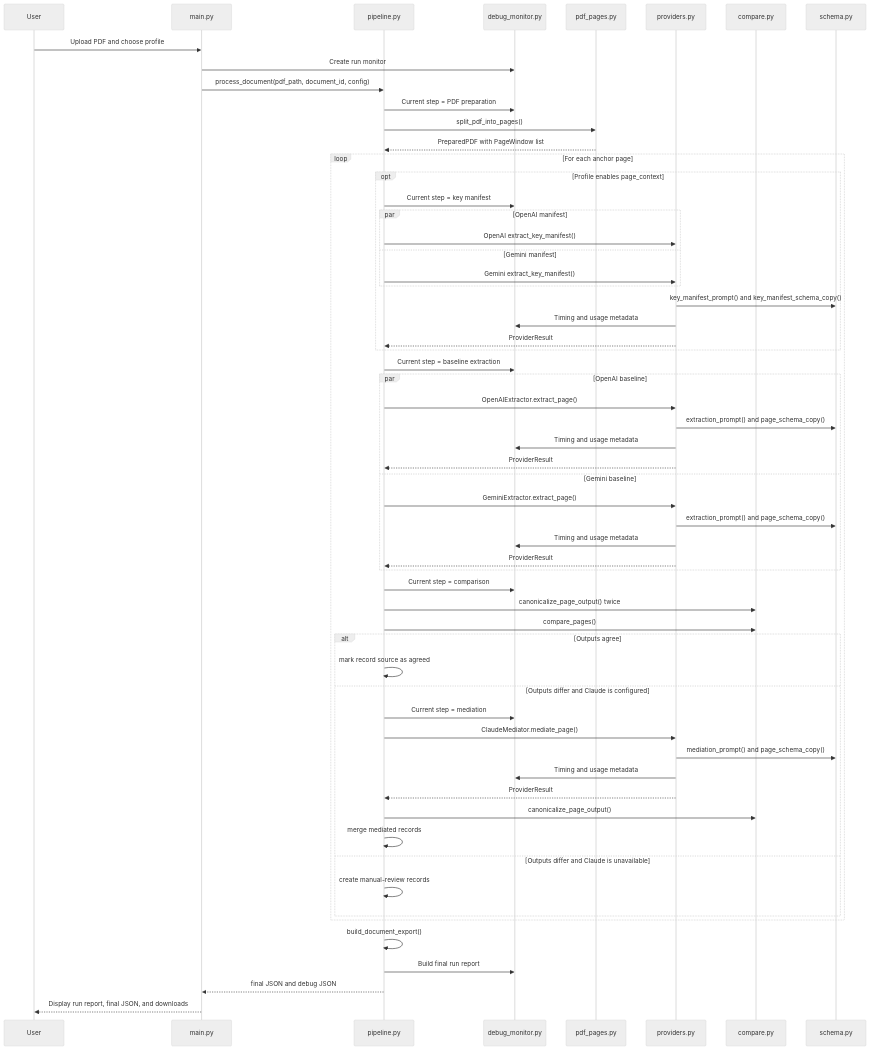
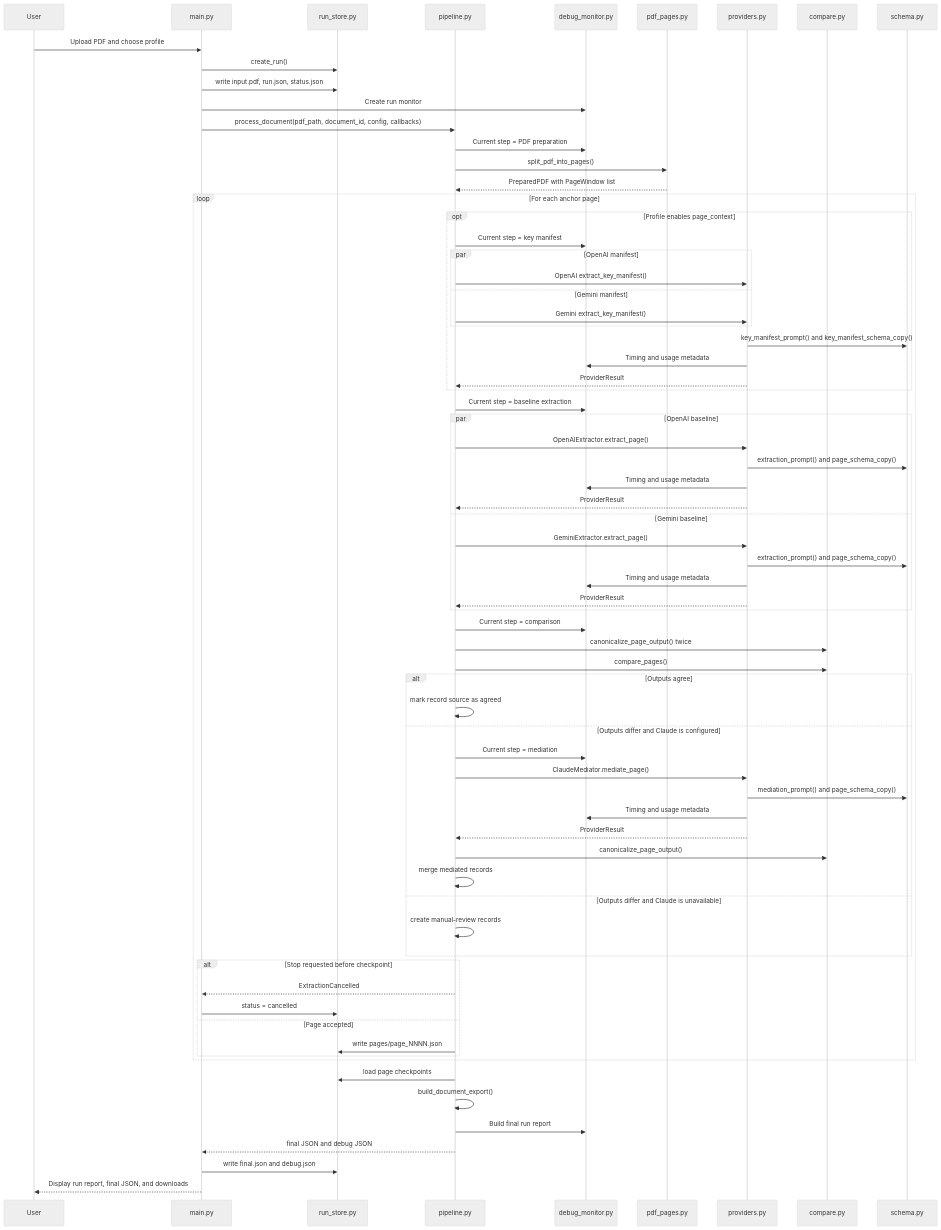
The diagram in docs/data-flow.md (LosBenjosMalos/unstructured), drawn with Mermaid (neutral theme) before and after one commit. The commit also changed other lines of this file and 9 other files, not shown here.

Commit message:
Implement durable run storage, cancellation, and status tracking

````diff
--- a/docs/data-flow.md
+++ b/docs/data-flow.md
@@ -7,63 +7,74 @@
 ```mermaid
 sequenceDiagram
     participant User
     participant UI as main.py
+    participant RunStore as run_store.py
     participant Pipeline as pipeline.py
     participant Monitor as debug_monitor.py
     participant PDF as pdf_pages.py
     participant Providers as providers.py
     participant Compare as compare.py
     participant Schema as schema.py
 
     User->>UI: Upload PDF and choose profile
+    UI->>RunStore: create_run()
+    UI->>RunStore: write input.pdf, run.json, status.json
     UI->>Monitor: Create run monitor
-    UI->>Pipeline: process_document(pdf_path, document_id, config)
+    UI->>Pipeline: process_document(pdf_path, document_id, config, callbacks)
     Pipeline->>Monitor: Current step = PDF preparation
     Pipeline->>PDF: split_pdf_into_pages()
     PDF-->>Pipeline: PreparedPDF with PageWindow list
     loop For each anchor page
         opt Profile enables page_context
             Pipeline->>Monitor: Current step = key manifest
             par OpenAI manifest
                 Pipeline->>Providers: OpenAI extract_key_manifest()
             and Gemini manifest
                 Pipeline->>Providers: Gemini extract_key_manifest()
             end
             Providers->>Schema: key_manifest_prompt() and key_manifest_schema_copy()
             Providers->>Monitor: Timing and usage metadata
             Providers-->>Pipeline: ProviderResult
         end
         Pipeline->>Monitor: Current step = baseline extraction
         par OpenAI baseline
             Pipeline->>Providers: OpenAIExtractor.extract_page()
             Providers->>Schema: extraction_prompt() and page_schema_copy()
             Providers->>Monitor: Timing and usage metadata
             Providers-->>Pipeline: ProviderResult
         and Gemini baseline
             Pipeline->>Providers: GeminiExtractor.extract_page()
             Providers->>Schema: extraction_prompt() and page_schema_copy()
             Providers->>Monitor: Timing and usage metadata
             Providers-->>Pipeline: ProviderResult
         end
         Pipeline->>Monitor: Current step = comparison
         Pipeline->>Compare: canonicalize_page_output() twice
         Pipeline->>Compare: compare_pages()
         alt Outputs agree
             Pipeline->>Pipeline: mark record source as agreed
         else Outputs differ and Claude is configured
             Pipeline->>Monitor: Current step = mediation
             Pipeline->>Providers: ClaudeMediator.mediate_page()
             Providers->>Schema: mediation_prompt() and page_schema_copy()
             Providers->>Monitor: Timing and usage metadata
             Providers-->>Pipeline: ProviderResult
             Pipeline->>Compare: canonicalize_page_output()
             Pipeline->>Pipeline: merge mediated records
         else Outputs differ and Claude is unavailable
             Pipeline->>Pipeline: create manual-review records
         end
+        alt Stop requested before checkpoint
+            Pipeline-->>UI: ExtractionCancelled
+            UI->>RunStore: status = cancelled
+        else Page accepted
+            Pipeline->>RunStore: write pages/page_NNNN.json
+        end
     end
+    Pipeline->>RunStore: load page checkpoints
     Pipeline->>Pipeline: build_document_export()
     Pipeline->>Monitor: Build final run report
     Pipeline-->>UI: final JSON and debug JSON
+    UI->>RunStore: write final.json and debug.json
     UI-->>User: Display run report, final JSON, and downloads
 ```
````
